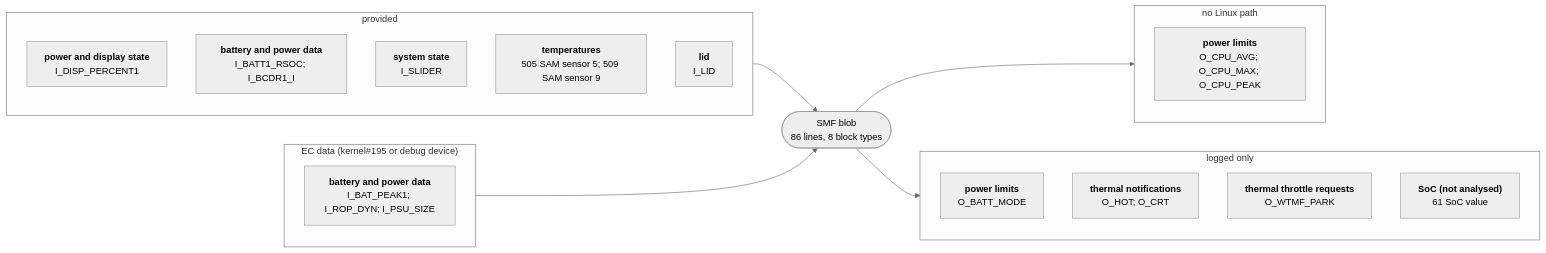
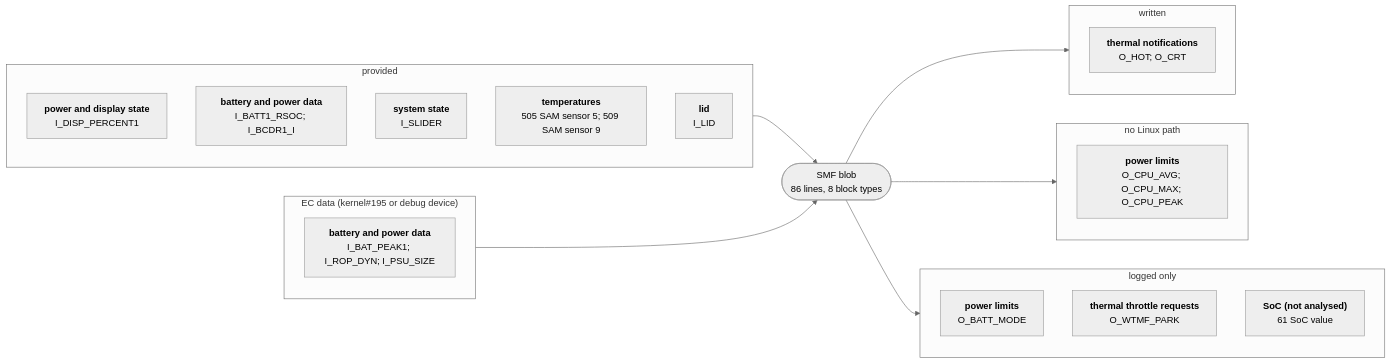
Before and after one commit to larsschellhas/linux-surface-power: the diagram in docs/devices/surface-laptop-4-amd.md, drawn with Mermaid (neutral theme). The commit also changed other lines of this file and 53 other files, not shown here.

First line of the commit message:
Write PL3, PL4 and the thermal-policy requests; control only with every output written

````diff
--- a/docs/devices/surface-laptop-4-amd.md
+++ b/docs/devices/surface-laptop-4-amd.md
@@ -20,27 +20,30 @@
 ```mermaid
 flowchart LR
     subgraph IN0["provided"]
         I0_1FB53D4C["<b>power and display state</b><br/>I_DISP_PERCENT1"]
         I0_28B7BD85["<b>battery and power data</b><br/>I_BATT1_RSOC; I_BCDR1_I"]
         I0_2DD6960F["<b>system state</b><br/>I_SLIDER"]
         I0_2E8B14C2["<b>temperatures</b><br/>505 SAM sensor 5; 509 SAM sensor 9"]
         I0_5D0EE597["<b>lid</b><br/>I_LID"]
     end
     IN0 --> B
     subgraph IN1["EC data (kernel#195 or debug device)"]
         I1_28B7BD85["<b>battery and power data</b><br/>I_BAT_PEAK1; I_ROP_DYN; I_PSU_SIZE"]
     end
     IN1 --> B
     B(["SMF blob<br/>86 lines, 8 block types"])
-    subgraph OUT0["no Linux path"]
-        O0_0B7B5350["<b>power limits</b><br/>O_CPU_AVG; O_CPU_MAX; O_CPU_PEAK"]
+    subgraph OUT0["written"]
+        O0_110DF2A4["<b>thermal notifications</b><br/>O_HOT; O_CRT"]
     end
     B --> OUT0
-    subgraph OUT1["logged only"]
-        O1_0B7B5350["<b>power limits</b><br/>O_BATT_MODE"]
-        O1_110DF2A4["<b>thermal notifications</b><br/>O_HOT; O_CRT"]
-        O1_9BBB8910["<b>thermal throttle requests</b><br/>O_WTMF_PARK"]
-        O1_CF2F6076["<b>SoC (not analysed)</b><br/>61 SoC value"]
+    subgraph OUT1["no Linux path"]
+        O1_0B7B5350["<b>power limits</b><br/>O_CPU_AVG; O_CPU_MAX; O_CPU_PEAK"]
     end
     B --> OUT1
+    subgraph OUT2["logged only"]
+        O2_0B7B5350["<b>power limits</b><br/>O_BATT_MODE"]
+        O2_9BBB8910["<b>thermal throttle requests</b><br/>O_WTMF_PARK"]
+        O2_CF2F6076["<b>SoC (not analysed)</b><br/>61 SoC value"]
+    end
+    B --> OUT2
 ```
````
